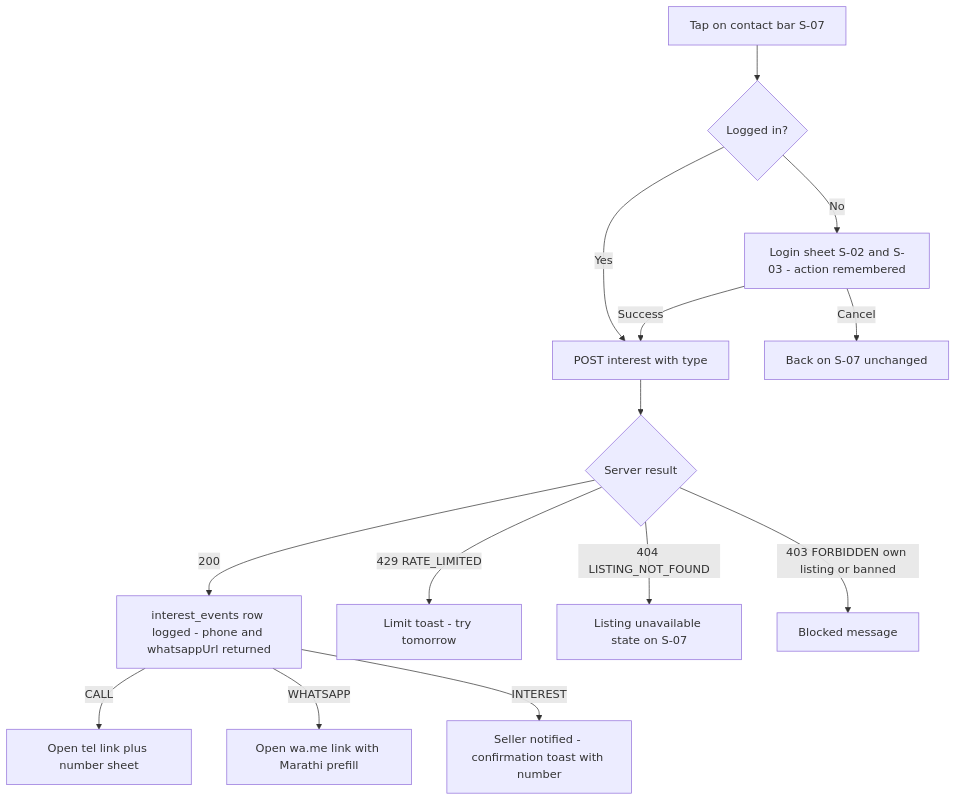
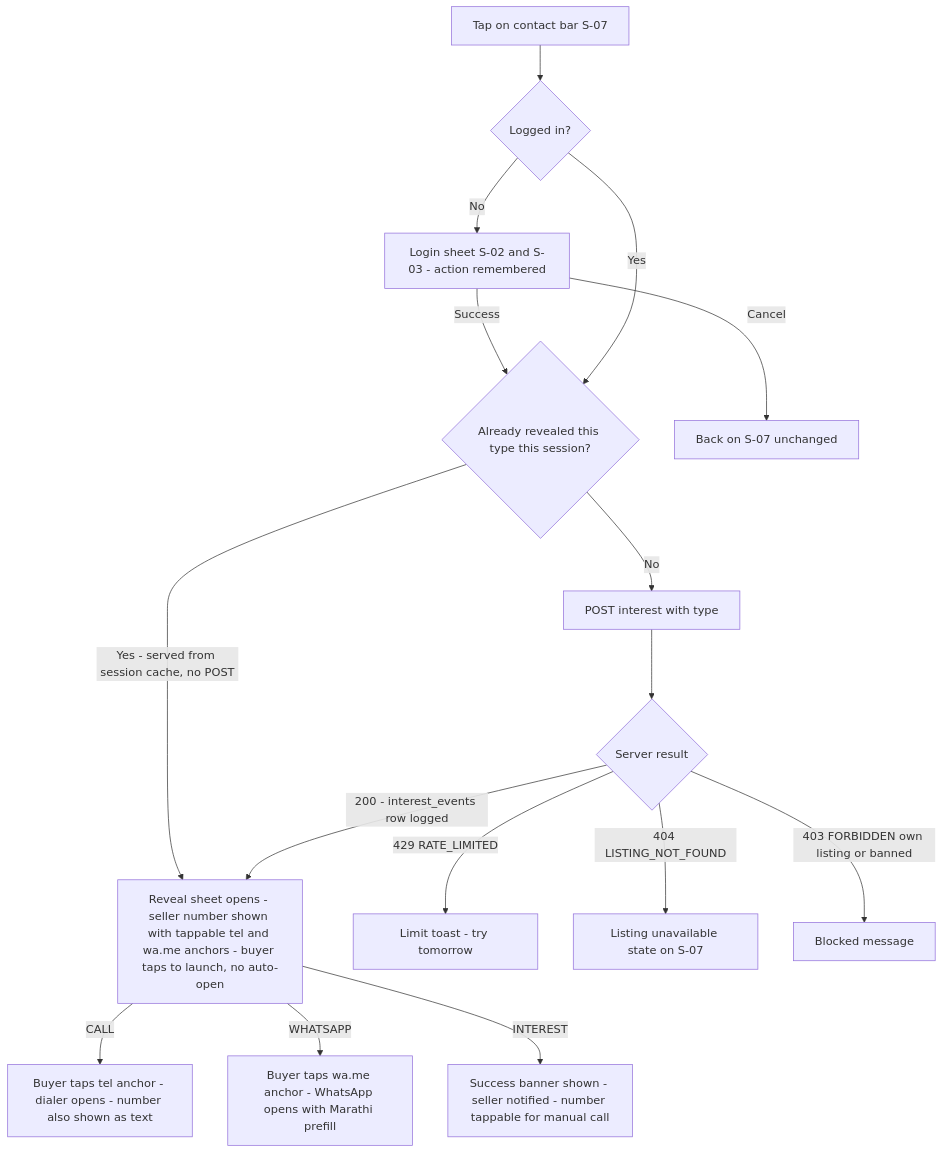
The diagram in docs/05-features/contact-seller.md (abhishekSonawane97/pashusetu), drawn with Mermaid before and after one commit. The commit also changed other lines of this file and 9 other files, not shown here.

````diff
--- a/docs/05-features/contact-seller.md
+++ b/docs/05-features/contact-seller.md
@@ -41,16 +42,18 @@
 ```mermaid
 flowchart TD
     T["Tap on contact bar S-07"] --> C1{"Logged in?"}
     C1 -->|"No"| LW["Login sheet S-02 and S-03 - action remembered"]
-    LW -->|"Success"| REQ
+    LW -->|"Success"| RC
     LW -->|"Cancel"| S07["Back on S-07 unchanged"]
-    C1 -->|"Yes"| REQ["POST interest with type"]
+    C1 -->|"Yes"| RC{"Already revealed this type this session?"}
+    RC -->|"Yes - served from session cache, no POST"| REV
+    RC -->|"No"| REQ["POST interest with type"]
     REQ --> C2{"Server result"}
-    C2 -->|"200"| REV["interest_events row logged - phone and whatsappUrl returned"]
-    REV -->|"CALL"| D1["Open tel link plus number sheet"]
-    REV -->|"WHATSAPP"| D2["Open wa.me link with Marathi prefill"]
-    REV -->|"INTEREST"| D3["Seller notified - confirmation toast with number"]
+    C2 -->|"200 - interest_events row logged"| REV["Reveal sheet opens - seller number shown with tappable tel and wa.me anchors - buyer taps to launch, no auto-open"]
+    REV -->|"CALL"| D1["Buyer taps tel anchor - dialer opens - number also shown as text"]
+    REV -->|"WHATSAPP"| D2["Buyer taps wa.me anchor - WhatsApp opens with Marathi prefill"]
+    REV -->|"INTEREST"| D3["Success banner shown - seller notified - number tappable for manual call"]
     C2 -->|"429 RATE_LIMITED"| E1["Limit toast - try tomorrow"]
     C2 -->|"404 LISTING_NOT_FOUND"| E2["Listing unavailable state on S-07"]
     C2 -->|"403 FORBIDDEN own listing or banned"| E3["Blocked message"]
 ```
````
